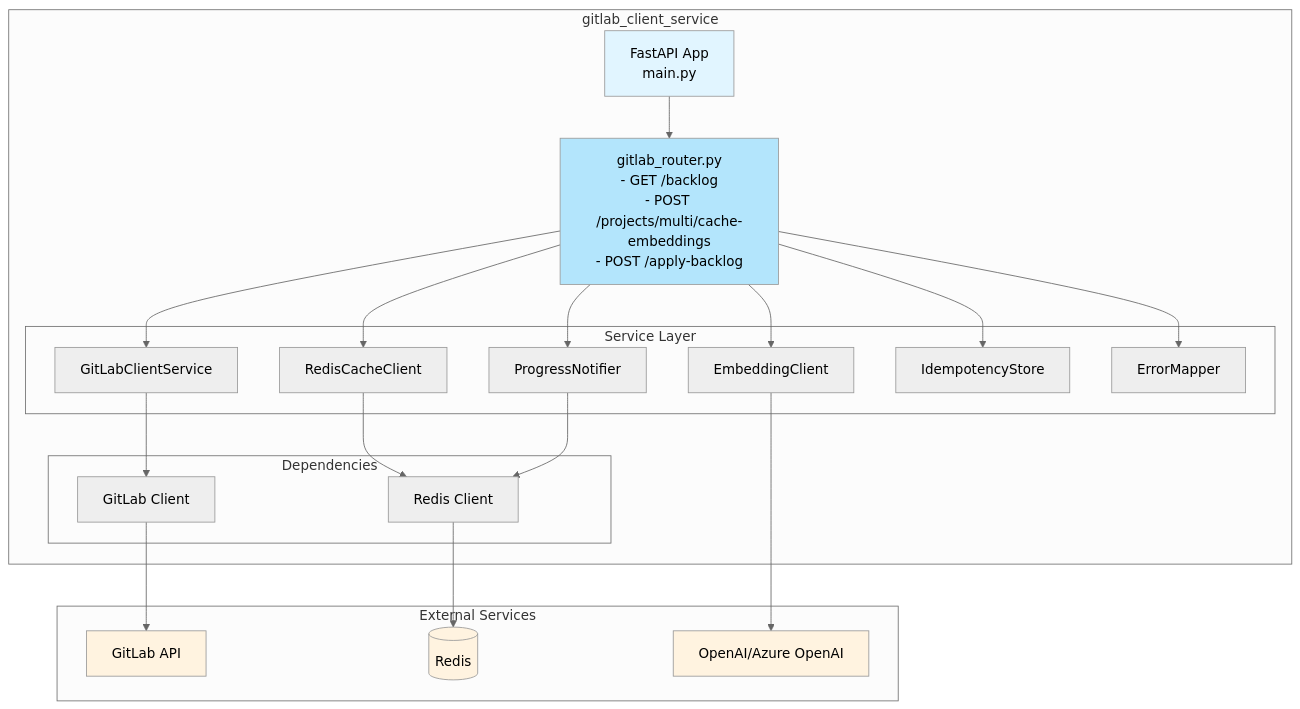
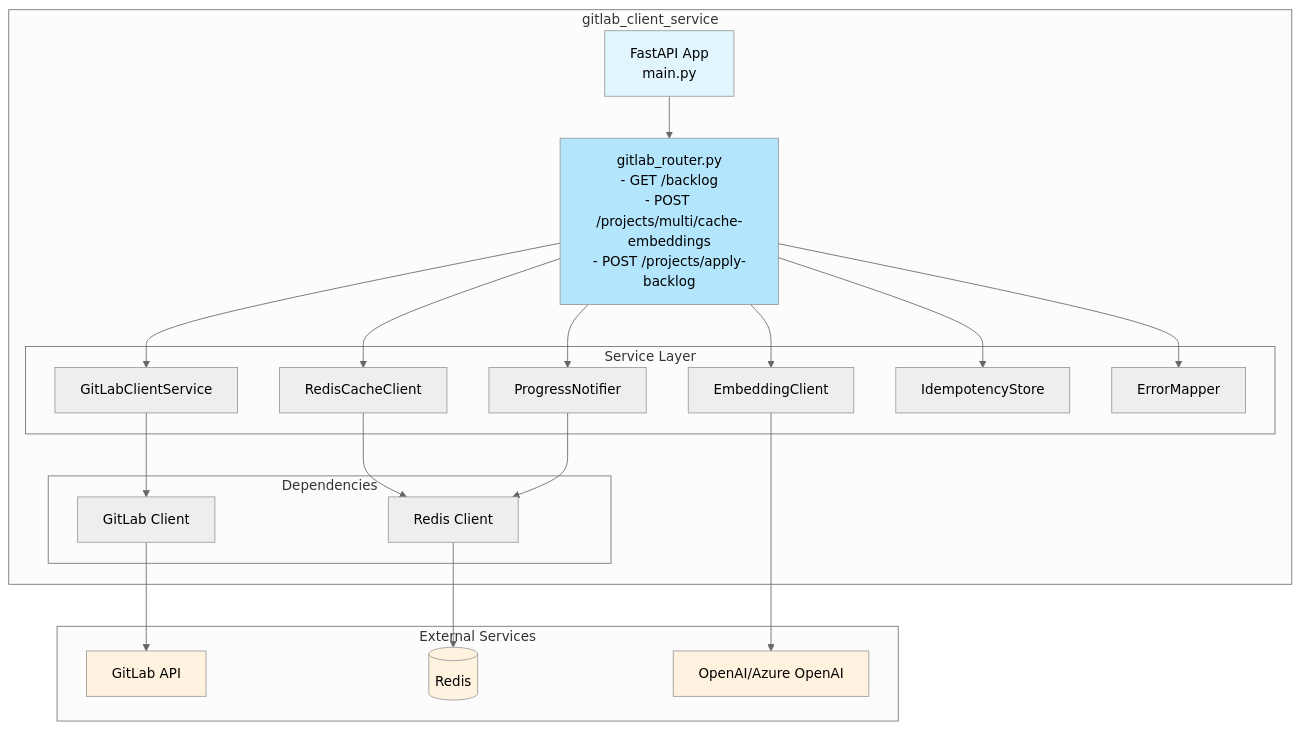
One commit to vladavilov/playground changed the first of 6 diagrams in git-epic-creator/services/gitlab_client_service/README.md. Above: the diagram before and after it, drawn with Mermaid (neutral theme). The commit also changed other lines of this file and 12 other files, not shown here.

````diff
--- a/git-epic-creator/services/gitlab_client_service/README.md
+++ b/git-epic-creator/services/gitlab_client_service/README.md
@@ -31,49 +31,49 @@
 ```mermaid
 graph TB
     subgraph "gitlab_client_service"
         App[FastAPI App<br/>main.py]
-        Router[gitlab_router.py<br/>- GET /backlog<br/>- POST /projects/multi/cache-embeddings<br/>- POST /apply-backlog]
+        Router[gitlab_router.py<br/>- GET /backlog<br/>- POST /projects/multi/cache-embeddings<br/>- POST /projects/apply-backlog]
         
         subgraph "Service Layer"
             GCS[GitLabClientService]
             EC[EmbeddingClient]
             RCC[RedisCacheClient]
             PN[ProgressNotifier]
             IS[IdempotencyStore]
             EM[ErrorMapper]
         end
         
         subgraph "Dependencies"
             GLC[GitLab Client]
             RC[Redis Client]
         end
     end
     
     subgraph "External Services"
         GitLab[GitLab API]
         Redis[(Redis)]
         OpenAI[OpenAI/Azure OpenAI]
     end
     
     App --> Router
     Router --> GCS
     Router --> EC
     Router --> RCC
     Router --> PN
     Router --> IS
     Router --> EM
     
     GCS --> GLC
     EC --> OpenAI
     RCC --> RC
     PN --> RC
     
     GLC --> GitLab
     RC --> Redis
     
     style App fill:#e1f5ff
     style Router fill:#b3e5fc
     style GitLab fill:#fff3e0
     style Redis fill:#fff3e0
     style OpenAI fill:#fff3e0
 ```
````
